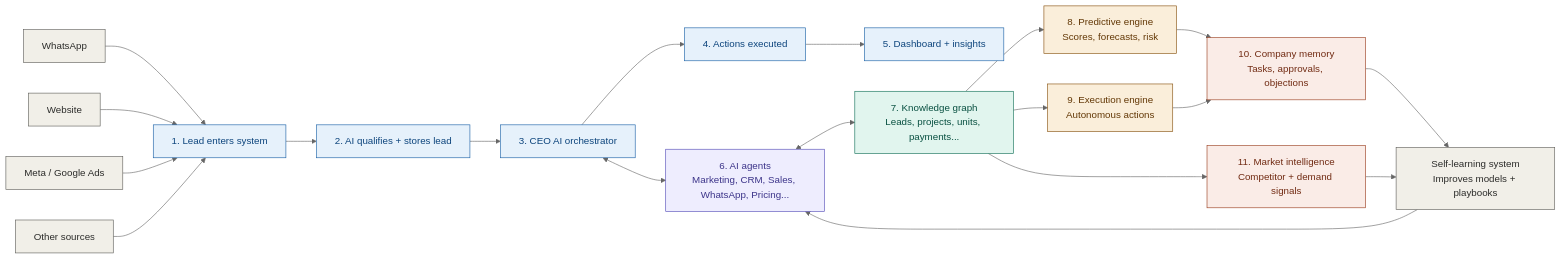
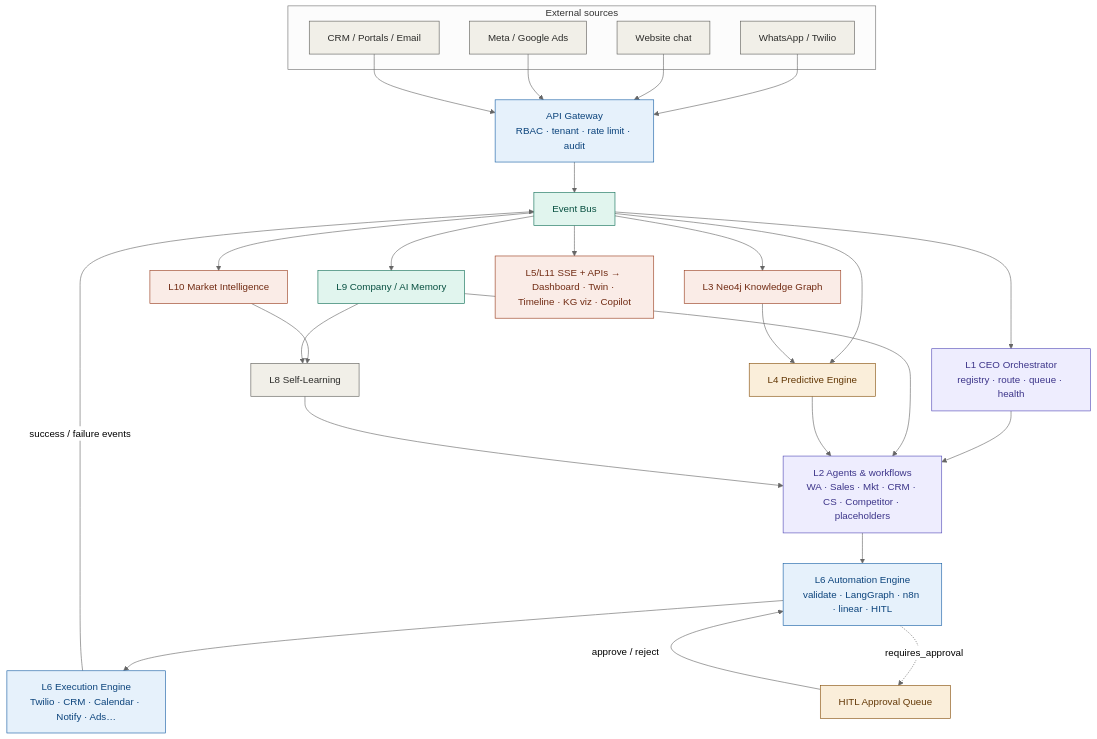
The first of 8 diagrams in IREIOS_3.0_Architecture_Diagrams.md (imperiondata/real-estate-ai-lead-agent), drawn with Mermaid (neutral theme) before and after one commit. The commit also changed other lines of this file and 2 other files, not shown here.

Commit message:
docs: updated architecture diagrams and implementation plans based on current scope and requirements

````diff
--- a/IREIOS_3.0_Architecture_Diagrams.md
+++ b/IREIOS_3.0_Architecture_Diagrams.md
@@ -24,38 +53,53 @@
 ```mermaid
-flowchart LR
-    I1[WhatsApp] --> L1
-    I2[Website] --> L1
-    I3[Meta / Google Ads] --> L1
-    I4[Other sources] --> L1
+flowchart TB
+    subgraph SRC["External sources"]
+        S1[WhatsApp / Twilio]
+        S2[Website chat]
+        S3[Meta / Google Ads]
+        S4[CRM / Portals / Email]
+    end
 
-    L1[1. Lead enters system] --> L2[2. AI qualifies + stores lead]
-    L2 --> L3[3. CEO AI orchestrator]
-    L3 --> L4[4. Actions executed]
-    L4 --> L5[5. Dashboard + insights]
+    GW[API Gateway<br/>RBAC · tenant · rate limit · audit]
+    BUS[Event Bus]
+    CEO[L1 CEO Orchestrator<br/>registry · route · queue · health]
+    AG[L2 Agents & workflows<br/>WA · Sales · Mkt · CRM · CS · Competitor · placeholders]
+    AE[L6 Automation Engine<br/>validate · LangGraph · n8n · linear · HITL]
+    EE[L6 Execution Engine<br/>Twilio · CRM · Calendar · Notify · Ads…]
+    KG[L3 Neo4j Knowledge Graph]
+    MEM[L9 Company / AI Memory]
+    PE[L4 Predictive Engine]
+    MI[L10 Market Intelligence]
+    SL[L8 Self-Learning]
+    FE[L5/L11 SSE + APIs → Dashboard · Twin · Timeline · KG viz · Copilot]
 
-    L3 <--> AG["6. AI agents<br/>Marketing, CRM, Sales, WhatsApp, Pricing..."]
-    AG <--> KG["7. Knowledge graph<br/>Leads, projects, units, payments..."]
-    KG --> PE["8. Predictive engine<br/>Scores, forecasts, risk"]
-    KG --> EE["9. Execution engine<br/>Autonomous actions"]
-    PE --> CM["10. Company memory<br/>Tasks, approvals, objections"]
-    EE --> CM
-    KG --> MI["11. Market intelligence<br/>Competitor + demand signals"]
-    CM --> SL["Self-learning system<br/>Improves models + playbooks"]
+    S1 & S2 & S3 & S4 --> GW --> BUS --> CEO --> AG
+    AG --> AE --> EE
+    EE -->|success / failure events| BUS
+    BUS --> KG
+    BUS --> MEM
+    BUS --> PE
+    BUS --> FE
+    BUS --> MI
+    KG --> PE
+    MEM --> AG
+    PE --> AG
     MI --> SL
+    MEM --> SL
     SL --> AG
+    AE -.->|requires_approval| HITL[HITL Approval Queue]
+    HITL -->|approve / reject| AE
 
     classDef gray fill:#F1EFE8,stroke:#5F5E5A,color:#2C2C2A;
     classDef blue fill:#E6F1FB,stroke:#185FA5,color:#0C447C;
     classDef teal fill:#E1F5EE,stroke:#0F6E56,color:#085041;
     classDef purple fill:#EEEDFE,stroke:#534AB7,color:#3C3489;
     classDef amber fill:#FAEEDA,stroke:#854F0B,color:#633806;
     classDef coral fill:#FAECE7,stroke:#993C1D,color:#712B13;
 
-    class I1,I2,I3,I4 gray
-    class L1,L2,L3,L4,L5 blue
-    class AG purple
-    class KG teal
-    class PE,EE amber
-    class CM,MI coral
-    class SL gray
+    class S1,S2,S3,S4,SL gray
+    class GW,AE,EE blue
+    class BUS,MEM teal
+    class CEO,AG purple
+    class PE,HITL amber
+    class KG,MI,FE coral
 ```
````
